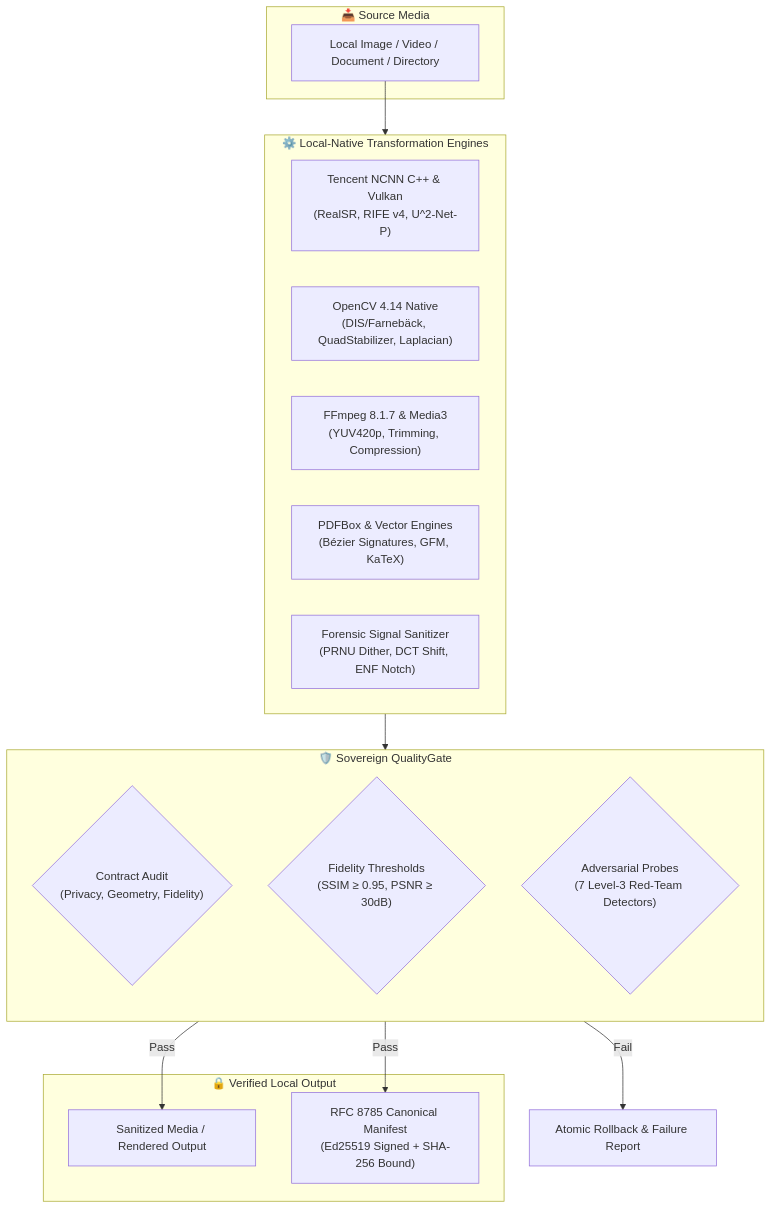
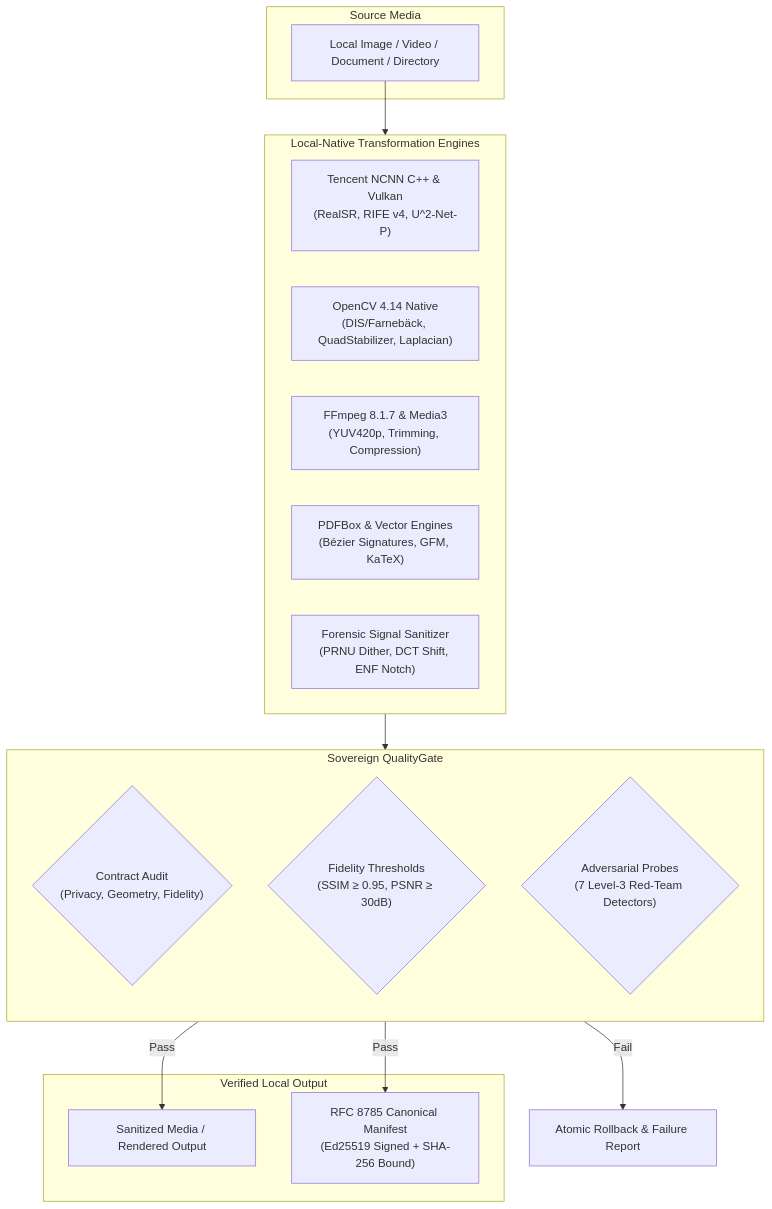
The diagram in README.md (sahir247/VeilFrame), drawn with Mermaid before and after one commit. The commit also changed other lines of this file and 8 other files, not shown here.

````diff
--- a/README.md
+++ b/README.md
@@ -89,32 +89,32 @@
 ```mermaid
 flowchart TD
-    subgraph Input[" 📥 Source Media "]
+    subgraph Input[" Source Media "]
         SRC[Local Image / Video / Document / Directory]
     end
 
-    subgraph Engines[" ⚙️ Local-Native Transformation Engines "]
+    subgraph Engines[" Local-Native Transformation Engines "]
         NCNN["Tencent NCNN C++ & Vulkan\n(RealSR, RIFE v4, U^2-Net-P)"]
         CV["OpenCV 4.14 Native\n(DIS/Farnebäck, QuadStabilizer, Laplacian)"]
         FFMPEG["FFmpeg 8.1.7 & Media3\n(YUV420p, Trimming, Compression)"]
         DOC["PDFBox & Vector Engines\n(Bézier Signatures, GFM, KaTeX)"]
         SANITIZER["Forensic Signal Sanitizer\n(PRNU Dither, DCT Shift, ENF Notch)"]
     end
 
-    subgraph QualityGate[" 🛡️ Sovereign QualityGate "]
+    subgraph QualityGate[" Sovereign QualityGate "]
         direction TB
         QG1{"Contract Audit\n(Privacy, Geometry, Fidelity)"}
         QG2{"Fidelity Thresholds\n(SSIM ≥ 0.95, PSNR ≥ 30dB)"}
         QG3{"Adversarial Probes\n(7 Level-3 Red-Team Detectors)"}
     end
 
-    subgraph Output[" 🔒 Verified Local Output "]
+    subgraph Output[" Verified Local Output "]
         OUT[Sanitized Media / Rendered Output]
         MANIFEST["RFC 8785 Canonical Manifest\n(Ed25519 Signed + SHA-256 Bound)"]
     end
 
     SRC --> Engines
     Engines --> QualityGate
     QualityGate -->|Pass| OUT
     QualityGate -->|Pass| MANIFEST
     QualityGate -->|Fail| REJECT[Atomic Rollback & Failure Report]
 ```
````
